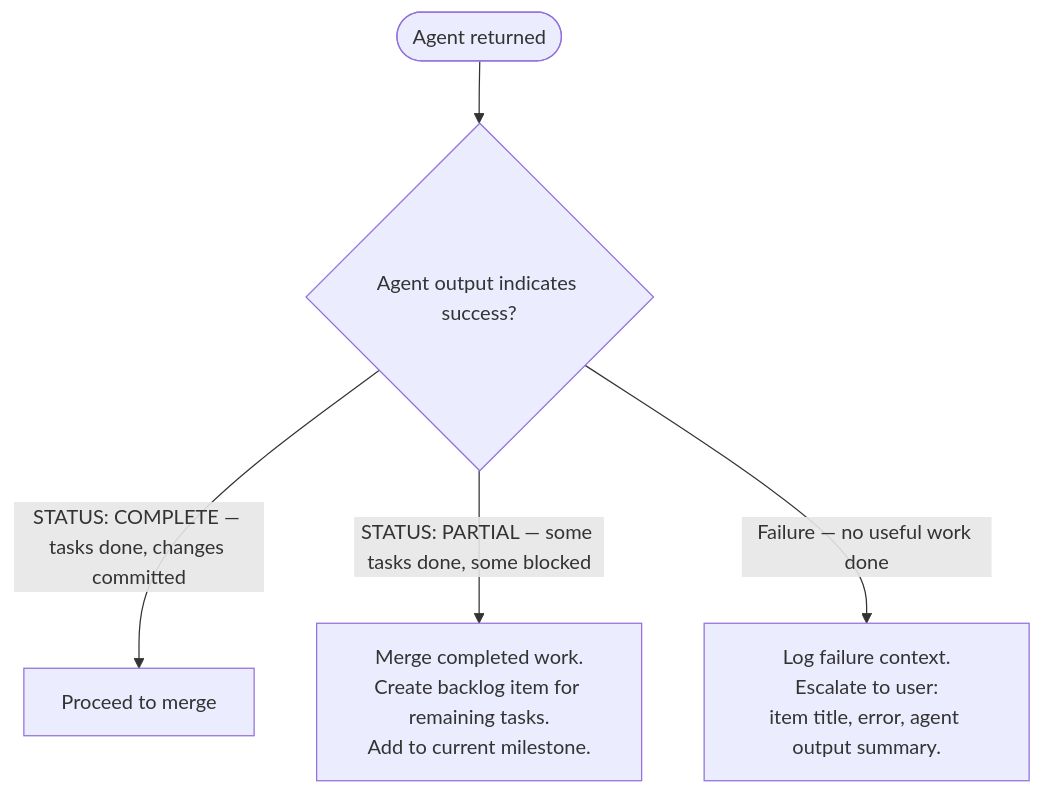
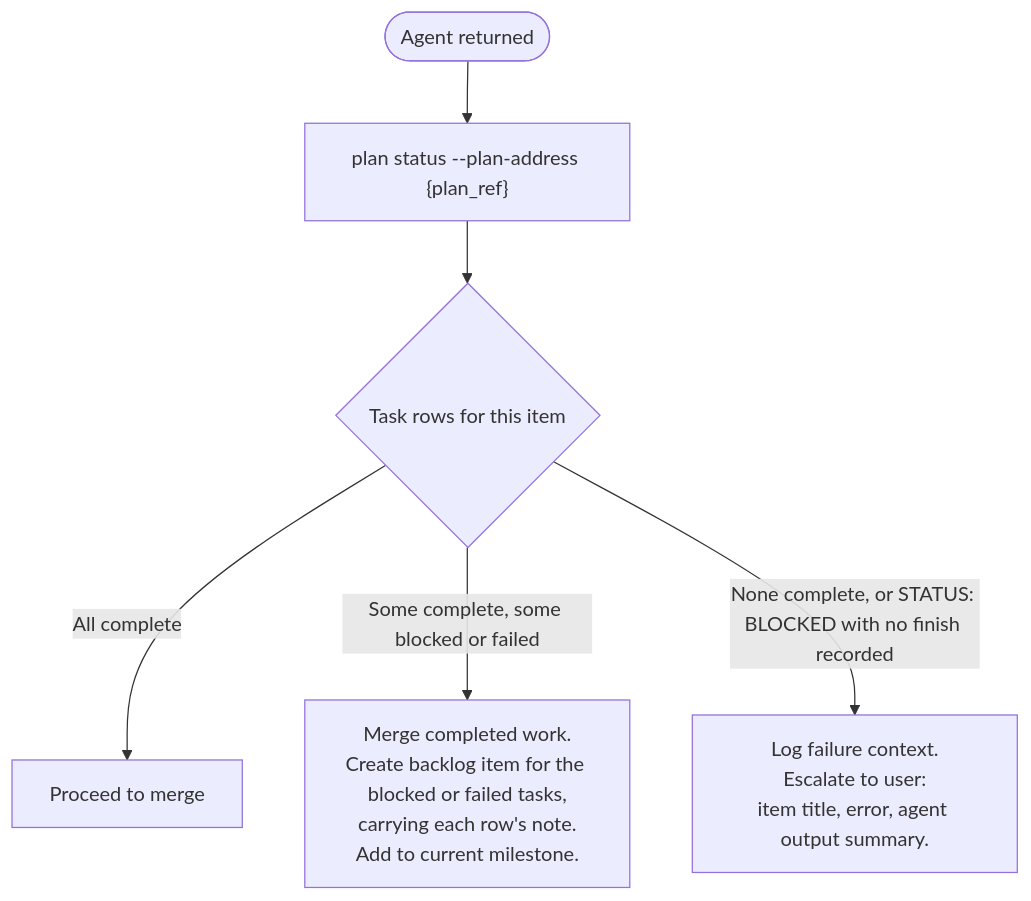
The second of 2 diagrams in plugins/development-harness/skills/work-milestone/SKILL.md (Jamie-BitFlight/claude_skills), drawn with Mermaid before and after one commit. The commit also changed other lines of this file and 7 other files, not shown here.

First line of the commit message:
fix(dh): retire STATUS: PARTIAL where the ledger cannot hold it

````diff
--- a/plugins/development-harness/skills/work-milestone/SKILL.md
+++ b/plugins/development-harness/skills/work-milestone/SKILL.md
@@ -208,7 +214,8 @@
 ```mermaid
 flowchart TD
-    Result(["Agent returned"]) --> Status{"Agent output indicates success?"}
-    Status -->|"STATUS: COMPLETE — tasks done, changes committed"| Merge["Proceed to merge"]
-    Status -->|"STATUS: PARTIAL — some tasks done, some blocked"| Partial["Merge completed work.<br>Create backlog item for remaining tasks.<br>Add to current milestone."]
-    Status -->|"Failure — no useful work done"| Failure["Log failure context.<br>Escalate to user:<br>item title, error, agent output summary."]
+    Result(["Agent returned"]) --> Read["plan status --plan-address {plan_ref}"]
+    Read --> Status{"Task rows for this item"}
+    Status -->|"All complete"| Merge["Proceed to merge"]
+    Status -->|"Some complete, some blocked or failed"| Partial["Merge completed work.<br>Create backlog item for the blocked or failed tasks,<br>carrying each row's note.<br>Add to current milestone."]
+    Status -->|"None complete, or STATUS: BLOCKED with no finish recorded"| Failure["Log failure context.<br>Escalate to user:<br>item title, error, agent output summary."]
 ```
````
